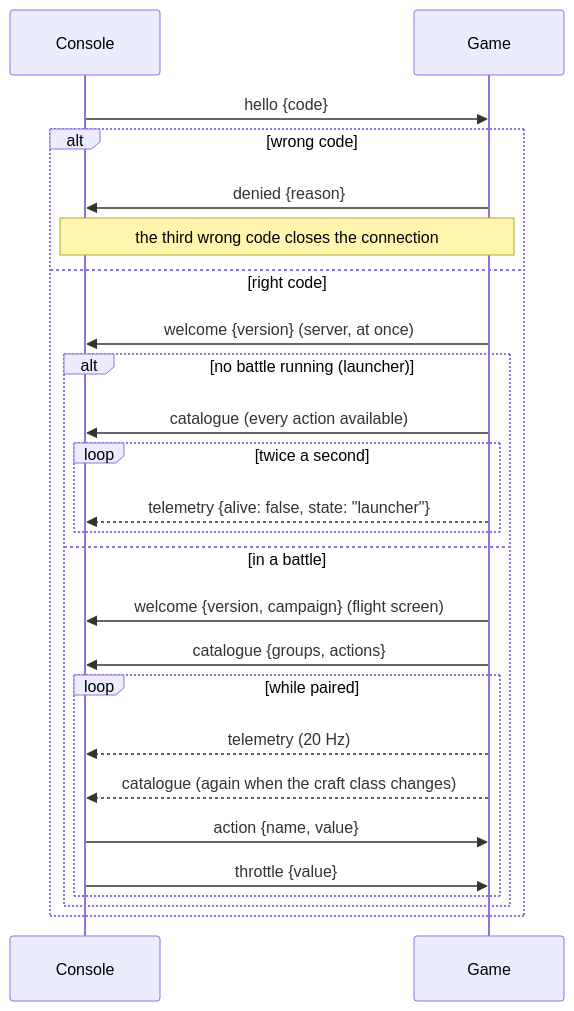
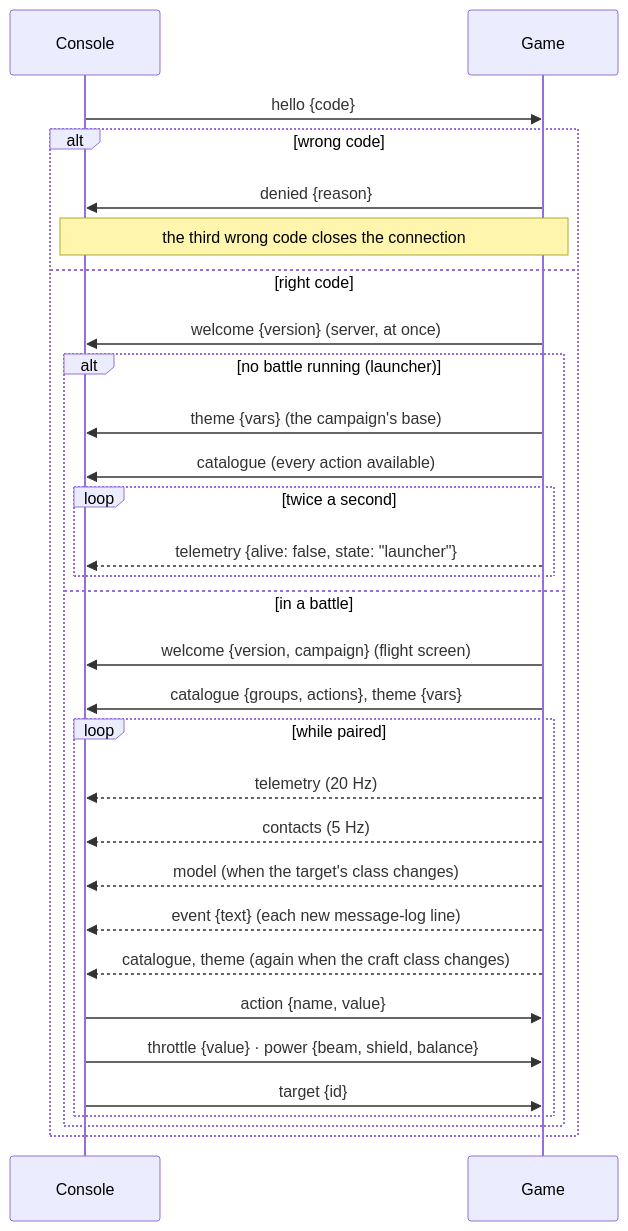
The diagram in docs/specification/console-protocol.md (bbogovich/OpenInterceptor), drawn with Mermaid before and after one commit. The commit also changed other lines of this file and 21 other files, not shown here.

````diff
--- a/docs/specification/console-protocol.md
+++ b/docs/specification/console-protocol.md
@@ -40,27 +41,32 @@
 ```mermaid
 sequenceDiagram
     participant C as Console
     participant G as Game
     C->>G: hello {code}
     alt wrong code
         G->>C: denied {reason}
         Note over C,G: the third wrong code closes the connection
     else right code
         G->>C: welcome {version} (server, at once)
         alt no battle running (launcher)
+            G->>C: theme {vars} (the campaign's base)
             G->>C: catalogue (every action available)
             loop twice a second
                 G-->>C: telemetry {alive: false, state: "launcher"}
             end
         else in a battle
             G->>C: welcome {version, campaign} (flight screen)
-            G->>C: catalogue {groups, actions}
+            G->>C: catalogue {groups, actions}, theme {vars}
             loop while paired
                 G-->>C: telemetry (20 Hz)
-                G-->>C: catalogue (again when the craft class changes)
+                G-->>C: contacts (5 Hz)
+                G-->>C: model (when the target's class changes)
+                G-->>C: event {text} (each new message-log line)
+                G-->>C: catalogue, theme (again when the craft class changes)
                 C->>G: action {name, value}
-                C->>G: throttle {value}
+                C->>G: throttle {value} · power {beam, shield, balance}
+                C->>G: target {id}
             end
         end
     end
 ```
````
